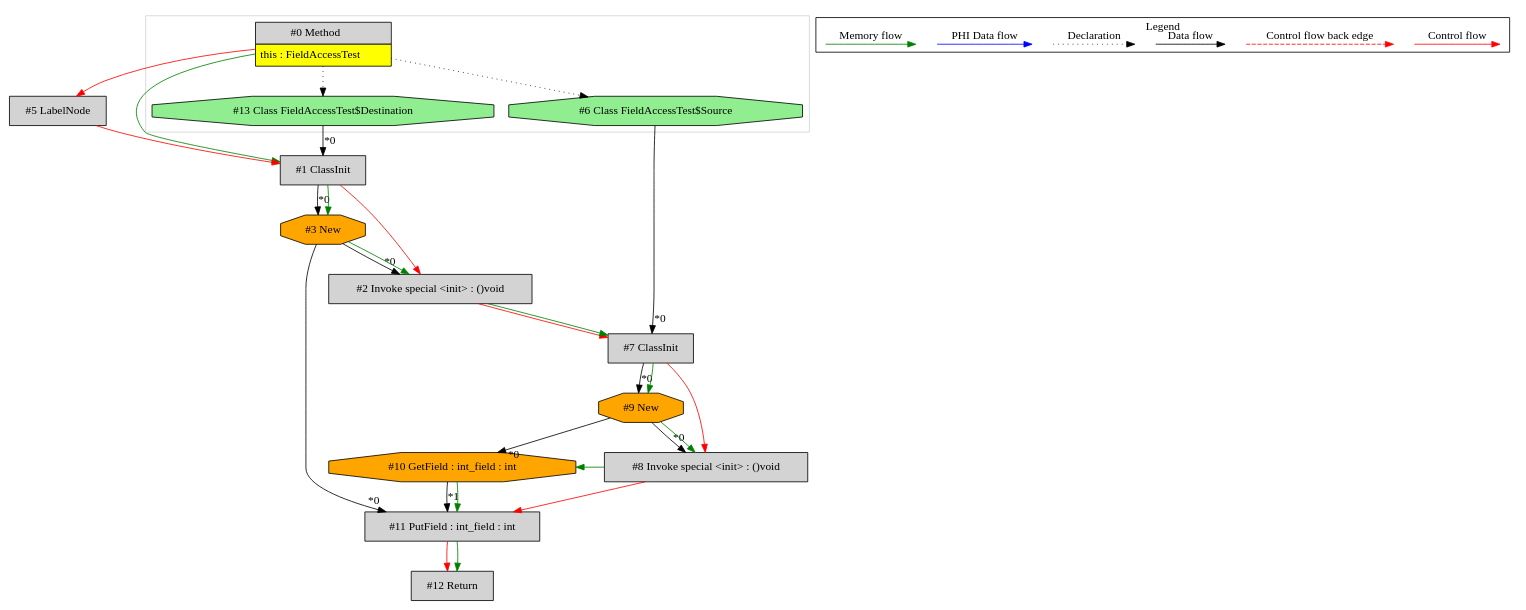
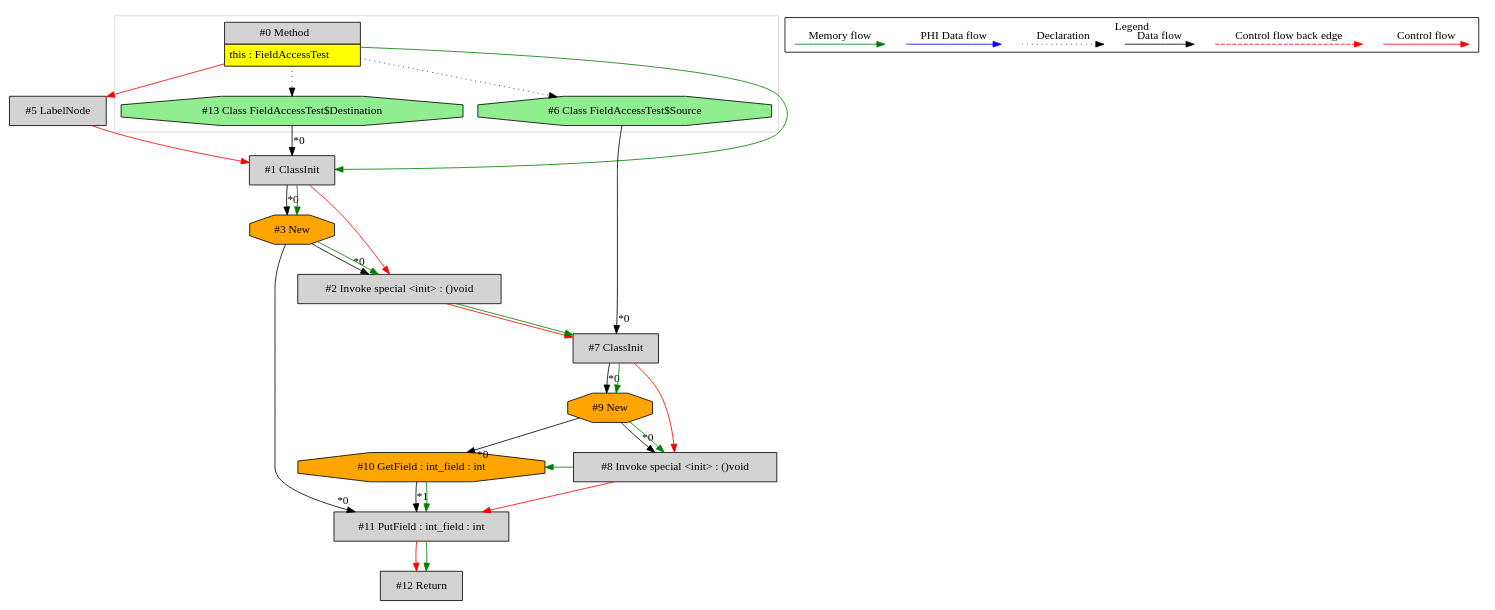
The diagram in de.mirkosertic.metair.ir.examples.FieldAccessTest/copy_int/ir.dot (mirkosertic/MetaIR), drawn with Graphviz before and after one commit. The commit also changed other lines of this file and 681 other files, not shown here.

```diff
--- a/de.mirkosertic.metair.ir.examples.FieldAccessTest/copy_int/ir.dot
+++ b/de.mirkosertic.metair.ir.examples.FieldAccessTest/copy_int/ir.dot
@@ -1,74 +1,74 @@
 digraph {
  node0[margin="0", label=<<table border="0" cellborder="1" cellspacing="0" cellpadding="5"><tr><td colspan="1">#0 Method</td></tr><tr><td port="prj4" bgcolor="yellow">this : FieldAccessTest</td></tr></table>>,shape=none, fillcolor=lightgrey, style=filled];
- node13[label="#13 Class FieldAccessTest$Destination",shape=octagon, fillcolor=lightgreen, style=filled];
- node0 -> node13[style=dotted];
+ node5[label="#5 LabelNode",shape=box, fillcolor=lightgrey, style=filled];
+ node0 -> node5[labeldistance=2, color=red, fontcolor=red];
  node1[label="#1 ClassInit",shape=box, fillcolor=lightgrey, style=filled];
  node13 -> node1[headlabel="*0", labeldistance=2];
  node5 -> node1[labeldistance=2, color=red, fontcolor=red];
  node0 -> node1[labeldistance=2, color=green, constraint=false];
- node5[label="#5 LabelNode",shape=box, fillcolor=lightgrey, style=filled];
- node0 -> node5[labeldistance=2, color=red, fontcolor=red];
+ node13[label="#13 Class FieldAccessTest$Destination",shape=octagon, fillcolor=lightgreen, style=filled];
+ node0 -> node13[style=dotted];
  node2[label="#2 Invoke special <init> : ()void",shape=box, fillcolor=lightgrey, style=filled];
  node3 -> node2[headlabel="*0", labeldistance=2];
  node1 -> node2[labeldistance=2, color=red, fontcolor=red];
  node3 -> node2[labeldistance=2, color=green, constraint=false];
  node3[label="#3 New",shape=octagon, fillcolor=orange, style=filled];
  node1 -> node3[headlabel="*0", labeldistance=2];
  node1 -> node3[labeldistance=2, color=green, constraint=false];
  node11[label="#11 PutField : int_field : int",shape=box, fillcolor=lightgrey, style=filled];
  node3 -> node11[headlabel="*0", labeldistance=2];
  node10 -> node11[headlabel="*1", labeldistance=2];
  node10 -> node11[labeldistance=2, color=green, constraint=false];
  node8 -> node11[labeldistance=2, color=red, fontcolor=red];
  node8[label="#8 Invoke special <init> : ()void",shape=box, fillcolor=lightgrey, style=filled];
  node9 -> node8[headlabel="*0", labeldistance=2];
  node7 -> node8[labeldistance=2, color=red, fontcolor=red];
  node9 -> node8[labeldistance=2, color=green, constraint=false];
  node9[label="#9 New",shape=octagon, fillcolor=orange, style=filled];
  node7 -> node9[headlabel="*0", labeldistance=2];
  node7 -> node9[labeldistance=2, color=green, constraint=false];
  node7[label="#7 ClassInit",shape=box, fillcolor=lightgrey, style=filled];
  node6 -> node7[headlabel="*0", labeldistance=2];
  node2 -> node7[labeldistance=2, color=red, fontcolor=red];
  node2 -> node7[labeldistance=2, color=green, constraint=false];
  node6[label="#6 Class FieldAccessTest$Source",shape=octagon, fillcolor=lightgreen, style=filled];
  node0 -> node6[style=dotted];
  node10[label="#10 GetField : int_field : int",shape=octagon, fillcolor=orange, style=filled];
  node9 -> node10[headlabel="*0", labeldistance=2];
  node8 -> node10[labeldistance=2, color=green, constraint=false];
  node12[label="#12 Return",shape=box, fillcolor=lightgrey, style=filled];
  node11 -> node12[labeldistance=2, color=red, fontcolor=red];
  node11 -> node12[labeldistance=2, color=green, constraint=false];
  subgraph cluster_0 {
   color=lightgray;
   node0;
   node6;
   node13;
  }
  subgraph cluster_000 {
   label = "Legend";
   node [shape=point]
   {
    rank=same;
    c0 [style = invis];
    c1 [style = invis];
    c2 [style = invis];
    c3 [style = invis];
    d0 [style = invis];
    d1 [style = invis];
    d2 [style = invis];
    d3 [style = invis];
    d4 [style = invis];
    d5 [style = invis];
    d6 [style = invis];
    d7 [style = invis];
   }
   c0 -> c1 [label="Control flow", style=solid, color=red]
   c2 -> c3 [label="Control flow back edge", style=dashed, color=red]
   d0 -> d1 [label="Data flow"]
   d2 -> d3 [label="Declaration", style=dotted]
   d4 -> d5 [label="PHI Data flow", color=blue]
   d6 -> d7 [label="Memory flow", color=green]
  }
 
 }
```
